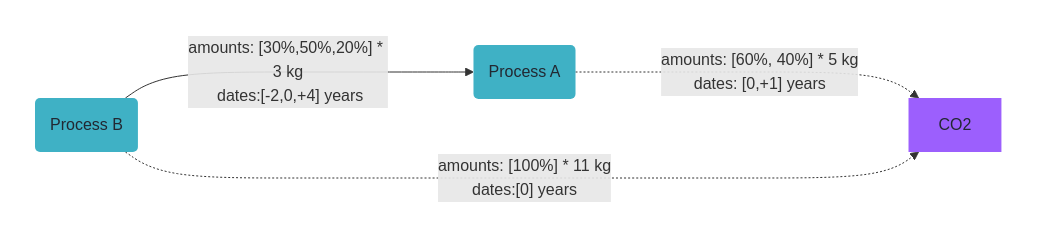
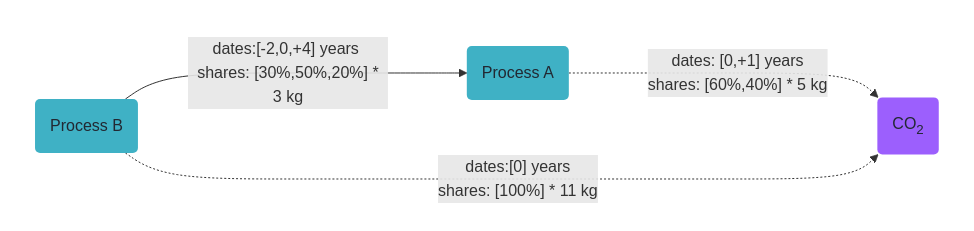
Before and after one commit to brightway-lca/bw_timex: the second of 3 diagrams in docs/content/getting_started/adding_temporal_information.md, drawn with Mermaid. The commit also changed other lines of this file and 4 other files, not shown here.

````diff
--- a/docs/content/getting_started/adding_temporal_information.md
+++ b/docs/content/getting_started/adding_temporal_information.md
@@ -109,27 +109,27 @@
 ```{mermaid}
 :caption: Temporalized example production system
 flowchart LR
 subgraph background[" "]
     B_2020(Process B):::bg
 end
 
 subgraph foreground[" "]
     A(Process A):::fg
 end
 
 subgraph biosphere[" "]
-    CO2:::b
+    CO2(CO<sub>2</sub>):::b
 end
 
-    B_2020-->|"amounts: [30%,50%,20%] * 3 kg\n dates:[-2,0,+4]" years|A
-    A-.->|"amounts: [60%, 40%] * 5 kg\n dates: [0,+1]" years|CO2
-    B_2020-.->|"amounts: [100%] * 11 kg\n dates:[0]" years|CO2
+    B_2020-->|"dates:[-2,0,+4] years \n shares: [30%,50%,20%] * 3 kg "|A
+    A-.->|"dates: [0,+1] years\n  shares: [60%,40%] * 5 kg"|CO2
+    B_2020-.->|"dates:[0] years\n  shares: [100%] * 11 kg"|CO2
 
     classDef bg color:#222832, fill:#3fb1c5, stroke:none;
     classDef fg color:#222832, fill:#3fb1c5, stroke:none;
     classDef b color:#222832, fill:#9c5ffd, stroke:none;
     style foreground fill:none, stroke:none;
     style background fill:none, stroke:none;
     style biosphere fill:none, stroke:none;
 
 ```
````
